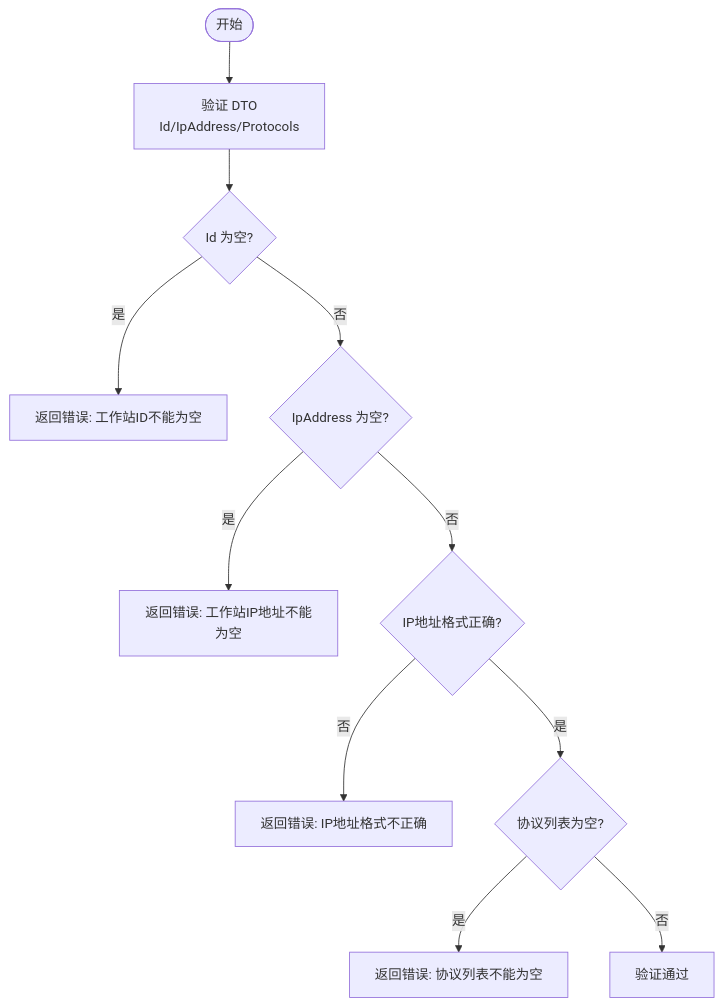
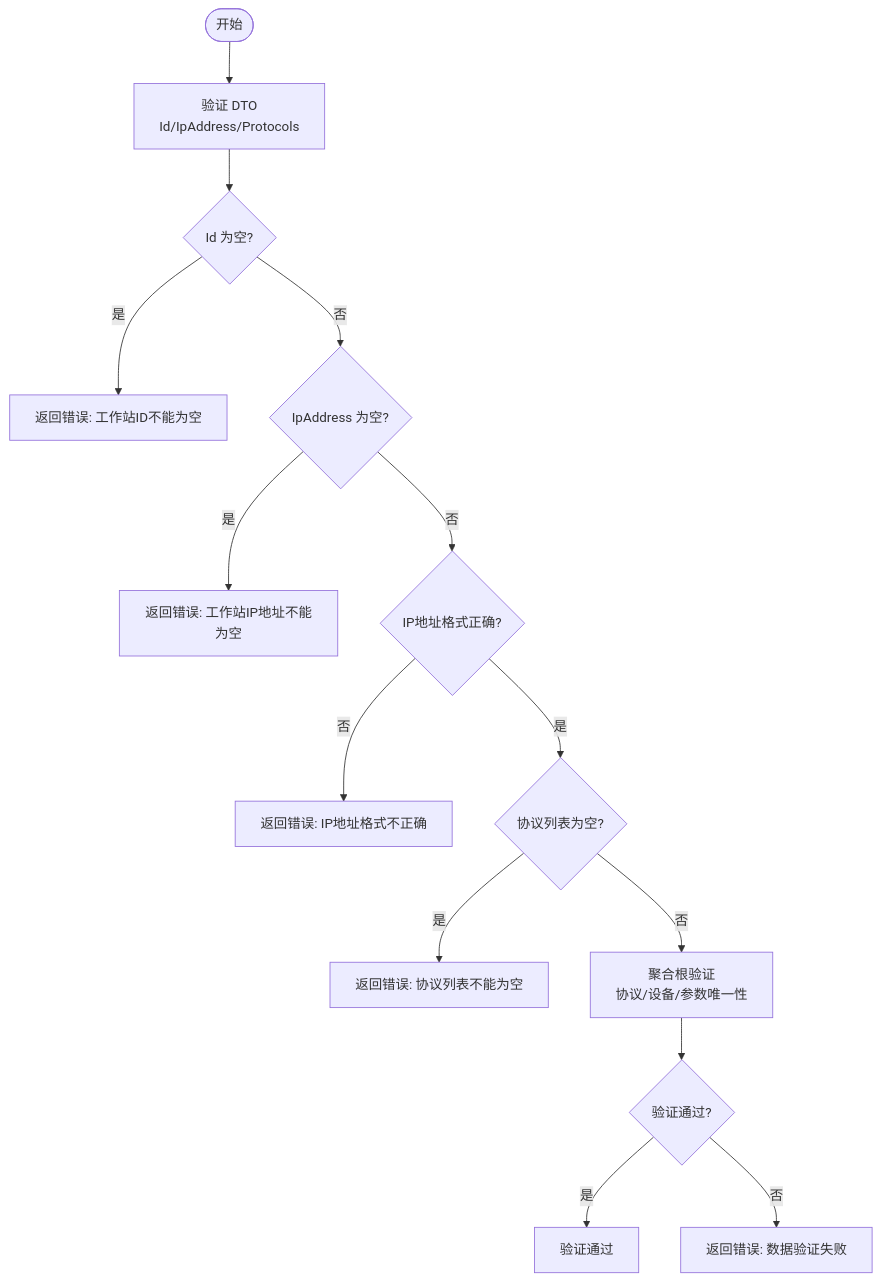
The fourth of 5 diagrams in .qoder/repowiki/zh/content/领域模型设计/工作站配置模型.md (whitemousetl/IndustrialDataSolution), drawn with Mermaid before and after one commit. The commit also changed other lines of this file and 18 other files, not shown here.

````diff
--- a/.qoder/repowiki/zh/content/领域模型设计/工作站配置模型.md
+++ b/.qoder/repowiki/zh/content/领域模型设计/工作站配置模型.md
@@ -271,13 +343,16 @@
 ```mermaid
 flowchart TD
 Start(["开始"]) --> ValidateDto["验证 DTO<br/>Id/IpAddress/Protocols"]
 ValidateDto --> IdEmpty{"Id 为空?"}
 IdEmpty --> |是| Err1["返回错误: 工作站ID不能为空"]
 IdEmpty --> |否| IpEmpty{"IpAddress 为空?"}
 IpEmpty --> |是| Err2["返回错误: 工作站IP地址不能为空"]
 IpEmpty --> |否| IpFormat{"IP地址格式正确?"}
 IpFormat --> |否| Err3["返回错误: IP地址格式不正确"]
 IpFormat --> |是| ProtocolsEmpty{"协议列表为空?"}
 ProtocolsEmpty --> |是| Err4["返回错误: 协议列表不能为空"]
-ProtocolsEmpty --> |否| Success["验证通过"]
+ProtocolsEmpty --> |否| ValidateDomain["聚合根验证<br/>协议/设备/参数唯一性"]
+ValidateDomain --> DomainValid{"验证通过?"}
+DomainValid --> |是| Success["验证通过"]
+DomainValid --> |否| DomainErr["返回错误: 数据验证失败"]
 ```
````
